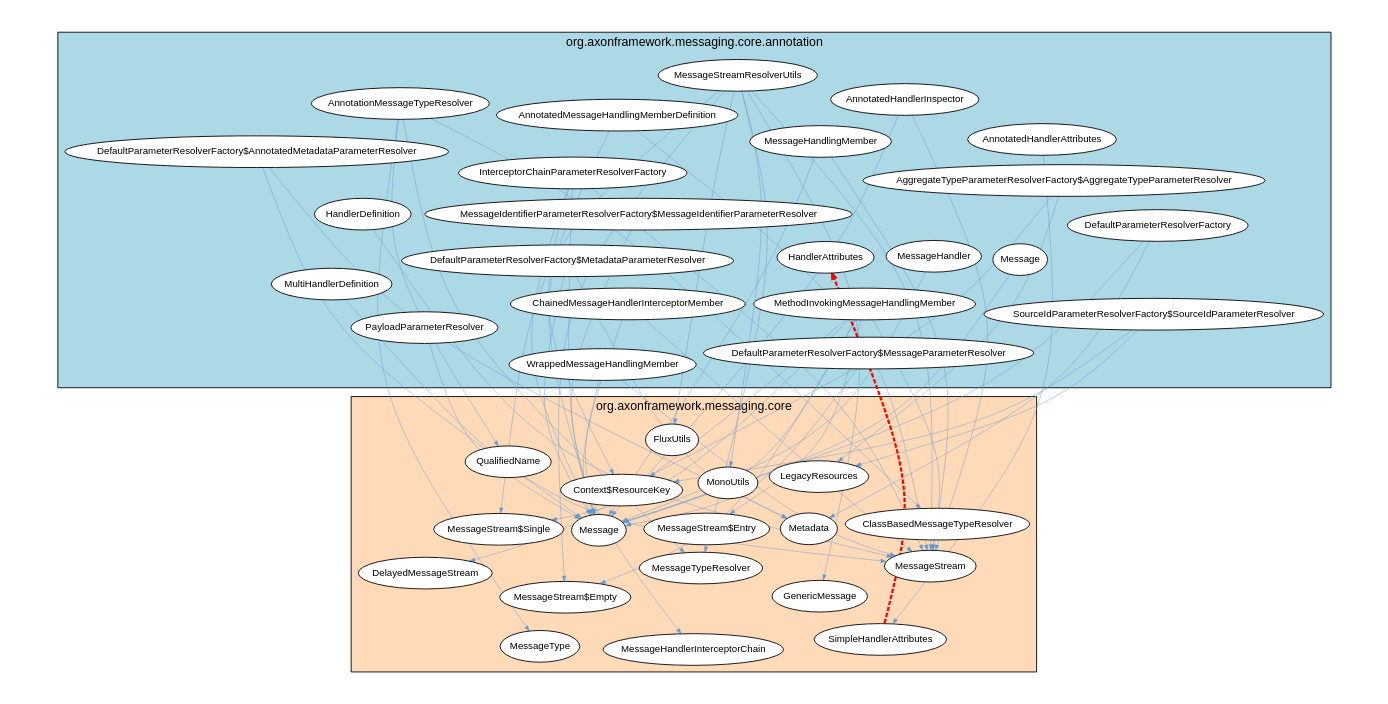
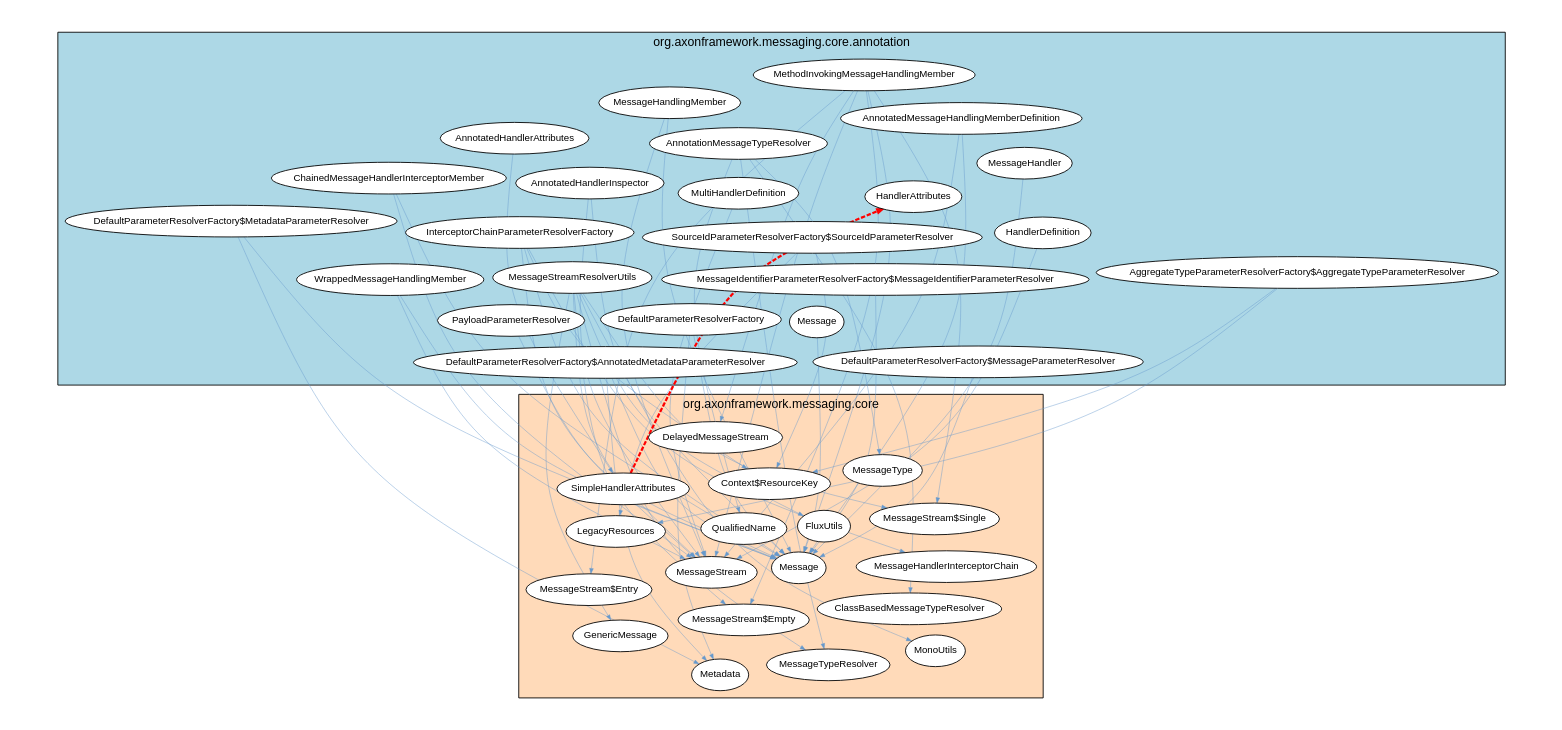
Before and after one commit to JohT/code-graph-analysis-examples: the diagram in analysis-results/AxonFramework/AxonFramework-5.1.2/cyclic-dependencies/Java_Package/Graph_Visualizations/graphviz/JavaPackageCyclicDependencies1.gv, drawn with Graphviz. The commit also changed other lines of this file and 843 other files, not shown here.

```diff
--- a/analysis-results/AxonFramework/AxonFramework-5.1.2/cyclic-dependencies/Java_Package/Graph_Visualizations/graphviz/JavaPackageCyclicDependencies1.gv
+++ b/analysis-results/AxonFramework/AxonFramework-5.1.2/cyclic-dependencies/Java_Package/Graph_Visualizations/graphviz/JavaPackageCyclicDependencies1.gv
@@ -1,111 +1,111 @@
 strict digraph cycle {
     graph [layout = "fdp"; start = "7"; splines = "curved"; pad = "0.8,0.4"; outputorder = "edgesfirst";];
     graph [fontname = "Helvetica,Arial,sans-serif"; labelloc = "t";];
     node [fontname = "Helvetica,Arial,sans-serif"; style = "filled"; fillcolor = "white";];
     node [fontsize = 11; margin = "0.05,0.05";];
     edge [fontsize = 9; arrowsize = "0.6";];
 
     subgraph cluster_package {
         label="org.axonframework.messaging.core.annotation";
         style="filled";
         fillcolor="lightblue";
         "WrappedMessageHandlingMember";
         "MethodInvokingMessageHandlingMember";
         "AnnotatedMessageHandlingMemberDefinition";
         "MessageIdentifierParameterResolverFactory$MessageIdentifierParameterResolver";
         "MessageHandler";
         "DefaultParameterResolverFactory$MessageParameterResolver";
         "AggregateTypeParameterResolverFactory$AggregateTypeParameterResolver";
         "MessageHandlingMember";
         "ChainedMessageHandlerInterceptorMember";
         "DefaultParameterResolverFactory";
+        "InterceptorChainParameterResolverFactory";
         "SourceIdParameterResolverFactory$SourceIdParameterResolver";
-        "InterceptorChainParameterResolverFactory";
         "Message_pkg" [label="Message"];
         "AnnotatedHandlerInspector";
         "MultiHandlerDefinition";
         "HandlerAttributes";
         "HandlerDefinition";
+        "MessageStreamResolverUtils";
         "PayloadParameterResolver";
-        "MessageStreamResolverUtils";
-        "DefaultParameterResolverFactory$MetadataParameterResolver";
         "DefaultParameterResolverFactory$AnnotatedMetadataParameterResolver";
         "AnnotatedHandlerAttributes";
+        "DefaultParameterResolverFactory$MetadataParameterResolver";
         "AnnotationMessageTypeResolver";
     }
 
     subgraph cluster_dependent {
         label="org.axonframework.messaging.core";
         style="filled";
         fillcolor="peachpuff";
         "LegacyResources";
+        "MessageHandlerInterceptorChain";
         "ClassBasedMessageTypeResolver";
-        "MessageHandlerInterceptorChain";
         "Context$ResourceKey";
+        "GenericMessage";
         "DelayedMessageStream";
         "MessageStream$Entry";
-        "GenericMessage";
         "Metadata";
+        "MessageTypeResolver";
         "QualifiedName";
-        "MessageTypeResolver";
         "MessageStream";
         "SimpleHandlerAttributes";
         "FluxUtils";
         "Message_dep" [label="Message"];
         "MonoUtils";
+        "MessageStream$Empty";
         "MessageStream$Single";
-        "MessageStream$Empty";
         "MessageType";
     }
 
     "ChainedMessageHandlerInterceptorMember" -> "MessageStream" [color="#6699CC"; penwidth="0.5"];
     "MessageStreamResolverUtils" -> "MessageStream$Empty" [color="#6699CC"; penwidth="0.5"];
     "MessageStreamResolverUtils" -> "FluxUtils" [color="#6699CC"; penwidth="0.5"];
     "AnnotationMessageTypeResolver" -> "MessageTypeResolver" [color="#6699CC"; penwidth="0.5"];
     "AnnotatedHandlerInspector" -> "MessageStream" [color="#6699CC"; penwidth="0.5"];
+    "MessageStreamResolverUtils" -> "GenericMessage" [color="#6699CC"; penwidth="0.5"];
     "InterceptorChainParameterResolverFactory" -> "Message_dep" [color="#6699CC"; penwidth="0.5"];
-    "MessageStreamResolverUtils" -> "GenericMessage" [color="#6699CC"; penwidth="0.5"];
     "InterceptorChainParameterResolverFactory" -> "Context$ResourceKey" [color="#6699CC"; penwidth="0.5"];
     "AnnotationMessageTypeResolver" -> "MessageType" [color="#6699CC"; penwidth="0.5"];
     "MethodInvokingMessageHandlingMember" -> "MessageStream" [color="#6699CC"; penwidth="0.5"];
     "SourceIdParameterResolverFactory$SourceIdParameterResolver" -> "LegacyResources" [color="#6699CC"; penwidth="0.5"];
     "DefaultParameterResolverFactory$MetadataParameterResolver" -> "Message_dep" [color="#6699CC"; penwidth="0.5"];
     "WrappedMessageHandlingMember" -> "Message_dep" [color="#6699CC"; penwidth="0.5"];
     "DefaultParameterResolverFactory$AnnotatedMetadataParameterResolver" -> "Metadata" [color="#6699CC"; penwidth="0.5"];
     "SourceIdParameterResolverFactory$SourceIdParameterResolver" -> "Context$ResourceKey" [color="#6699CC"; penwidth="0.5"];
     "ChainedMessageHandlerInterceptorMember" -> "Message_dep" [color="#6699CC"; penwidth="0.5"];
     "MessageIdentifierParameterResolverFactory$MessageIdentifierParameterResolver" -> "Message_dep" [color="#6699CC"; penwidth="0.5"];
     "InterceptorChainParameterResolverFactory" -> "MessageStream" [color="#6699CC"; penwidth="0.5"];
     "Message_pkg" -> "Message_dep" [color="#6699CC"; penwidth="0.5"];
     "WrappedMessageHandlingMember" -> "MessageStream" [color="#6699CC"; penwidth="0.5"];
     "AnnotationMessageTypeResolver" -> "QualifiedName" [color="#6699CC"; penwidth="0.5"];
     "AnnotatedHandlerInspector" -> "Message_dep" [color="#6699CC"; penwidth="0.5"];
     "DefaultParameterResolverFactory$AnnotatedMetadataParameterResolver" -> "Message_dep" [color="#6699CC"; penwidth="0.5"];
     "MethodInvokingMessageHandlingMember" -> "MessageStream$Entry" [color="#6699CC"; penwidth="0.5"];
     "DefaultParameterResolverFactory" -> "Metadata" [color="#6699CC"; penwidth="0.5"];
+    "MessageStreamResolverUtils" -> "MessageStream" [color="#6699CC"; penwidth="0.5"];
     "DefaultParameterResolverFactory" -> "Message_dep" [color="#6699CC"; penwidth="0.5"];
-    "MessageStreamResolverUtils" -> "MessageStream" [color="#6699CC"; penwidth="0.5"];
+    "HandlerDefinition" -> "MessageStream" [color="#6699CC"; penwidth="0.5"];
     "DefaultParameterResolverFactory$MetadataParameterResolver" -> "Metadata" [color="#6699CC"; penwidth="0.5"];
-    "HandlerDefinition" -> "MessageStream" [color="#6699CC"; penwidth="0.5"];
     "AggregateTypeParameterResolverFactory$AggregateTypeParameterResolver" -> "LegacyResources" [color="#6699CC"; penwidth="0.5"];
     "MessageStreamResolverUtils" -> "MessageStream$Single" [color="#6699CC"; penwidth="0.5"];
     "MessageStreamResolverUtils" -> "MessageTypeResolver" [color="#6699CC"; penwidth="0.5"];
     "AnnotatedHandlerAttributes" -> "SimpleHandlerAttributes" [color="#6699CC"; penwidth="0.5"];
     "MethodInvokingMessageHandlingMember" -> "DelayedMessageStream" [color="#6699CC"; penwidth="0.5"];
+    "MessageStreamResolverUtils" -> "MonoUtils" [color="#6699CC"; penwidth="0.5"];
     "MessageHandlingMember" -> "MessageStream" [color="#6699CC"; penwidth="0.5"];
-    "MessageStreamResolverUtils" -> "MonoUtils" [color="#6699CC"; penwidth="0.5"];
     "AnnotationMessageTypeResolver" -> "ClassBasedMessageTypeResolver" [color="#6699CC"; penwidth="0.5"];
     "MethodInvokingMessageHandlingMember" -> "MessageStream$Empty" [color="#6699CC"; penwidth="0.5"];
     "AnnotatedMessageHandlingMemberDefinition" -> "MessageStream" [color="#6699CC"; penwidth="0.5"];
     "MethodInvokingMessageHandlingMember" -> "Message_dep" [color="#6699CC"; penwidth="0.5"];
     "InterceptorChainParameterResolverFactory" -> "MessageHandlerInterceptorChain" [color="#6699CC"; penwidth="0.5"];
     "MultiHandlerDefinition" -> "MessageStream" [color="#6699CC"; penwidth="0.5"];
     "MessageHandler" -> "Message_dep" [color="#6699CC"; penwidth="0.5"];
     "AnnotatedMessageHandlingMemberDefinition" -> "Message_dep" [color="#6699CC"; penwidth="0.5"];
     "MessageHandlingMember" -> "Message_dep" [color="#6699CC"; penwidth="0.5"];
     "AggregateTypeParameterResolverFactory$AggregateTypeParameterResolver" -> "Context$ResourceKey" [color="#6699CC"; penwidth="0.5"];
     "DefaultParameterResolverFactory$MessageParameterResolver" -> "Message_dep" [color="#6699CC"; penwidth="0.5"];
     "PayloadParameterResolver" -> "Message_dep" [color="#6699CC"; penwidth="0.5"];
     "MethodInvokingMessageHandlingMember" -> "MessageStream$Single" [color="#6699CC"; penwidth="0.5"];
     "SimpleHandlerAttributes" -> "HandlerAttributes" [color="red"; penwidth="2.5"; style="dashed";];
 }
```
